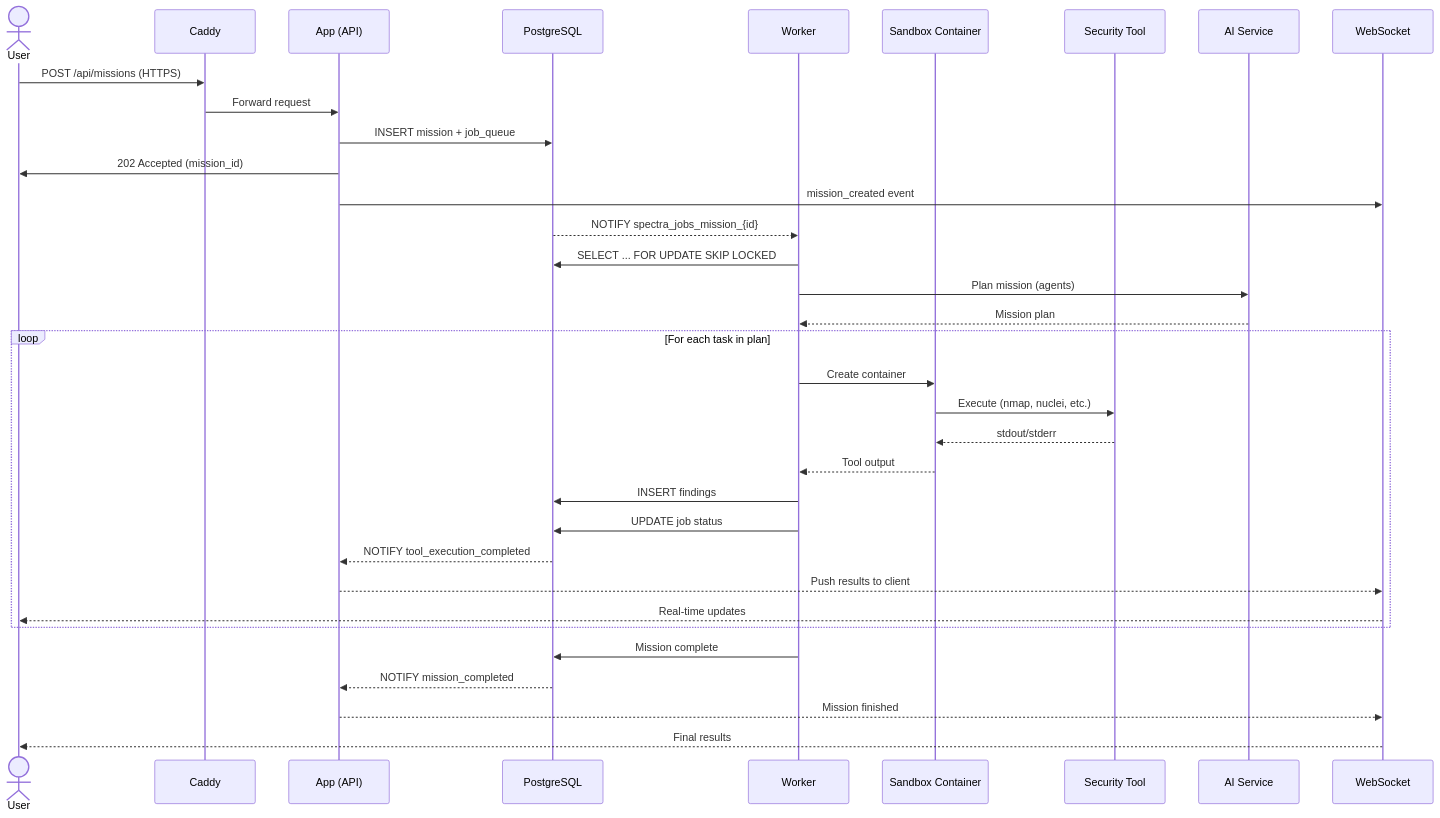
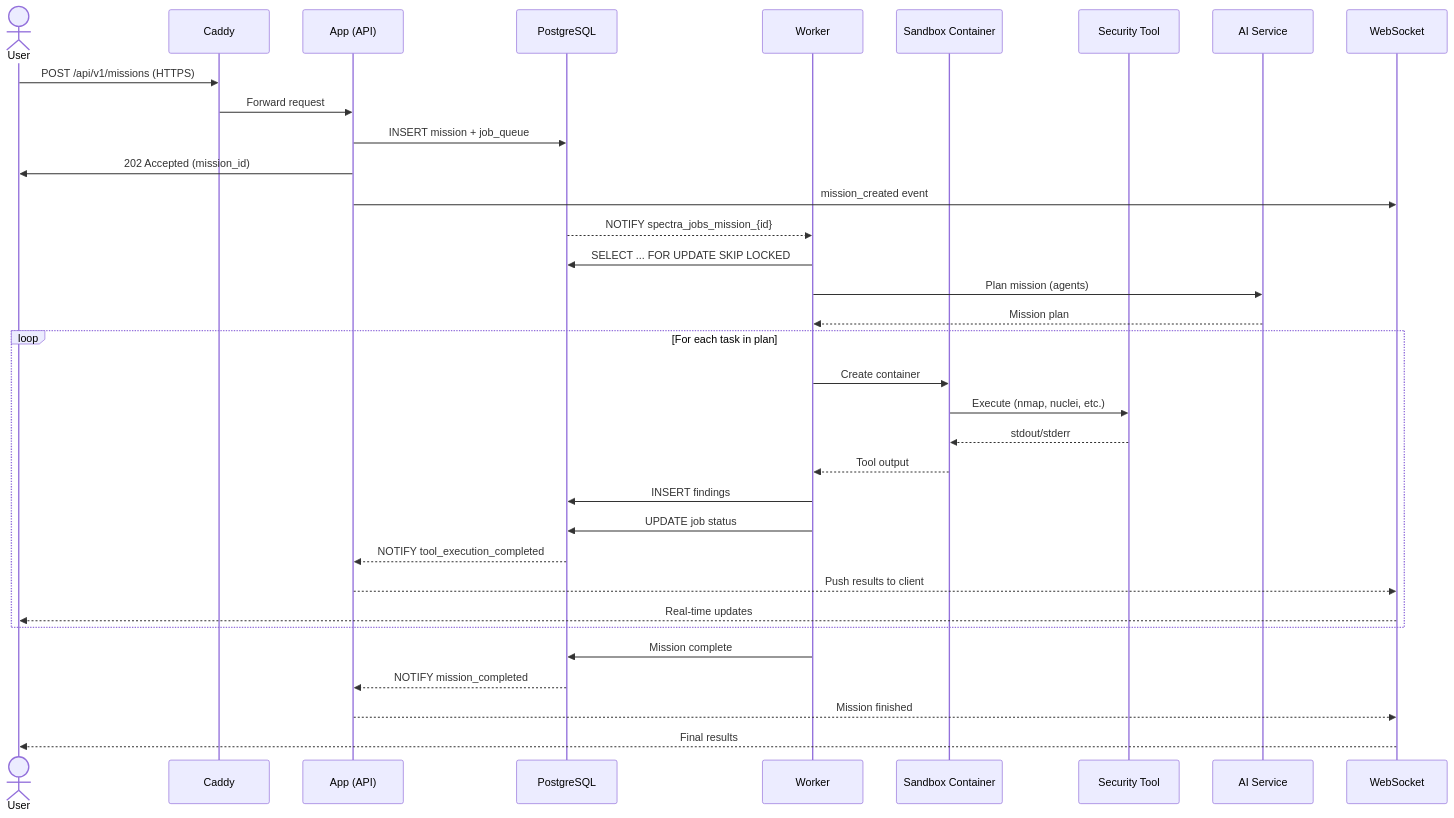
Before and after one commit to breixopd/Spectra: the third of 8 diagrams in docs/wiki/topology.md, drawn with Mermaid. The commit also changed 79 other files, not shown here.

````diff
--- a/docs/wiki/topology.md
+++ b/docs/wiki/topology.md
@@ -212,40 +212,40 @@
 ```mermaid
 sequenceDiagram
     actor User
     participant Caddy
     participant App as App (API)
     participant PG as PostgreSQL
     participant Worker
     participant Sandbox as Sandbox Container
     participant Tool as Security Tool
     participant AI as AI Service
     participant WS as WebSocket
 
-    User->>Caddy: POST /api/missions (HTTPS)
+    User->>Caddy: POST /api/v1/missions (HTTPS)
     Caddy->>App: Forward request
     App->>PG: INSERT mission + job_queue
     App->>User: 202 Accepted (mission_id)
     App->>WS: mission_created event
 
     PG-->>Worker: NOTIFY spectra_jobs_mission_{id}
     Worker->>PG: SELECT ... FOR UPDATE SKIP LOCKED
     Worker->>AI: Plan mission (agents)
     AI-->>Worker: Mission plan
 
     loop For each task in plan
         Worker->>Sandbox: Create container
         Sandbox->>Tool: Execute (nmap, nuclei, etc.)
         Tool-->>Sandbox: stdout/stderr
         Sandbox-->>Worker: Tool output
         Worker->>PG: INSERT findings
         Worker->>PG: UPDATE job status
         PG-->>App: NOTIFY tool_execution_completed
         App-->>WS: Push results to client
         WS-->>User: Real-time updates
     end
 
     Worker->>PG: Mission complete
     PG-->>App: NOTIFY mission_completed
     App-->>WS: Mission finished
     WS-->>User: Final results
 ```
````
